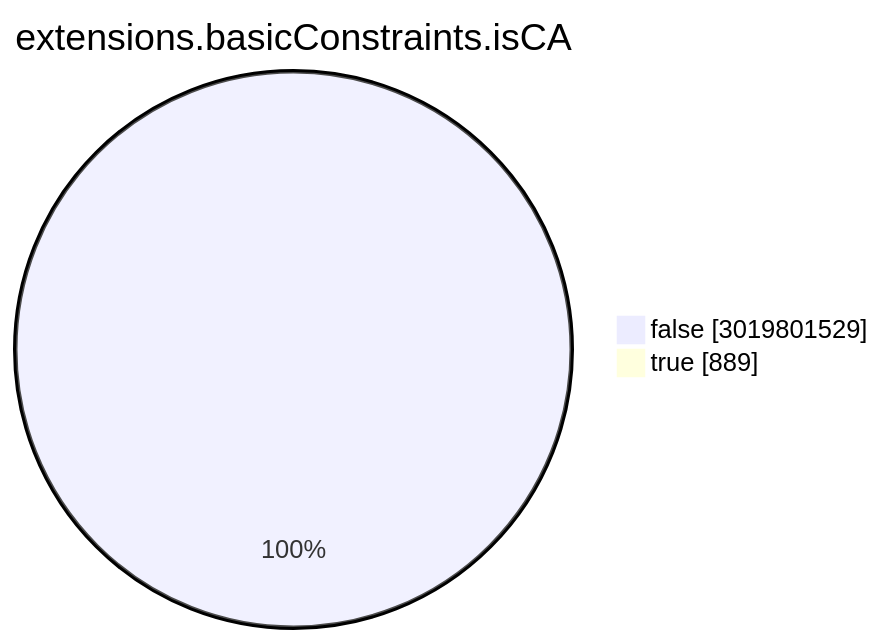
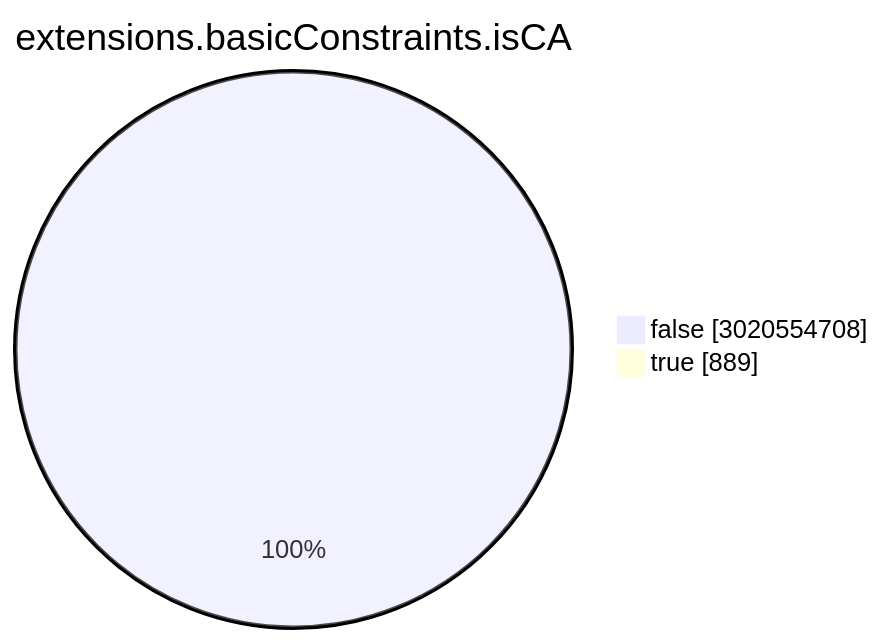
One commit to christiankrug/ctmonitor_visualization changed the seventh of 15 diagrams in TOTAL/README.md. Above: the diagram before and after it, drawn with Mermaid. The commit also changed other lines of this file, not shown here.

````diff
--- a/TOTAL/README.md
+++ b/TOTAL/README.md
@@ -3085,6 +3085,6 @@
 ```mermaid
 pie showData
 title extensions.basicConstraints.isCA
-"false" :3019801529
+"false" :3020554708
 "true" :889
 ```
````
